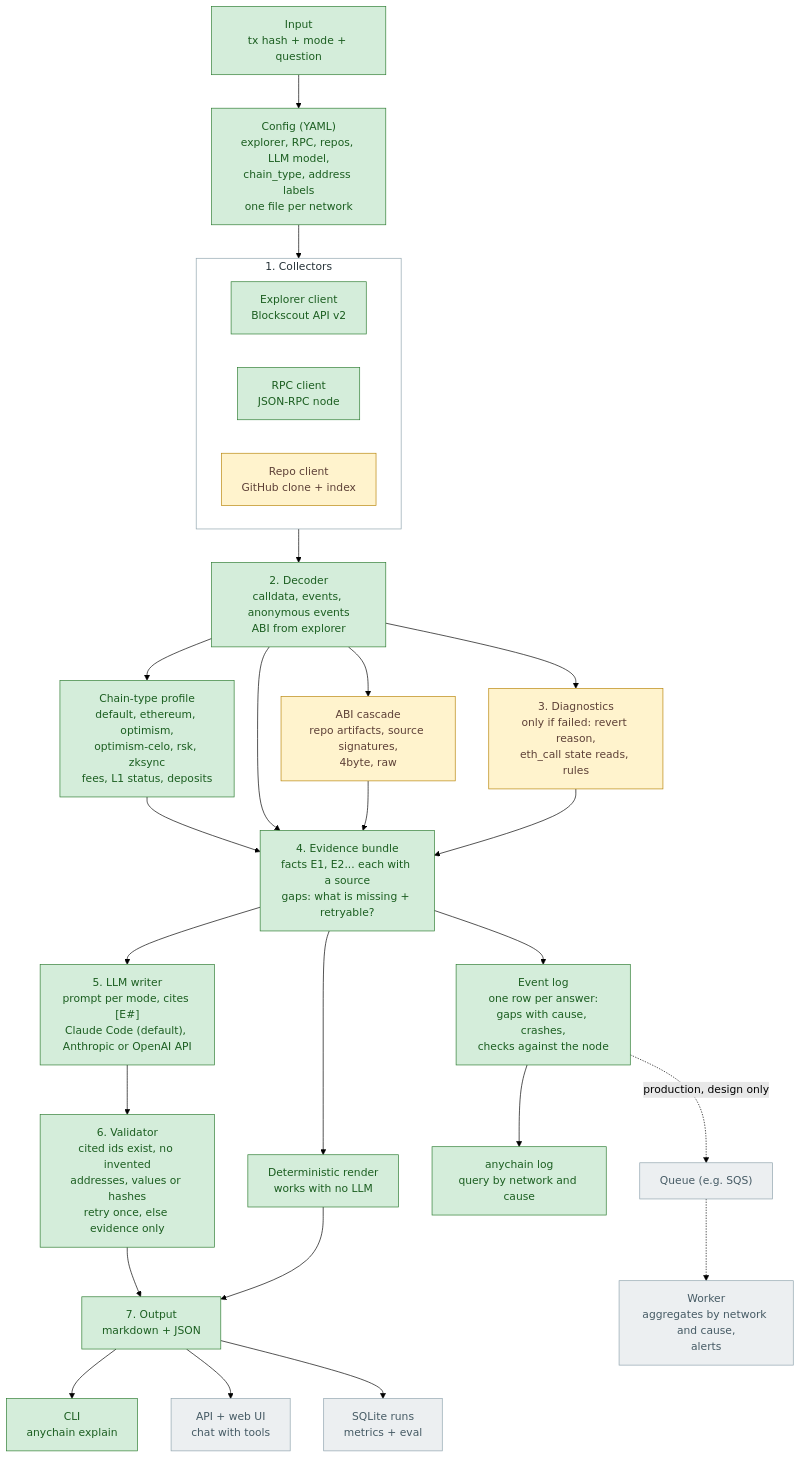
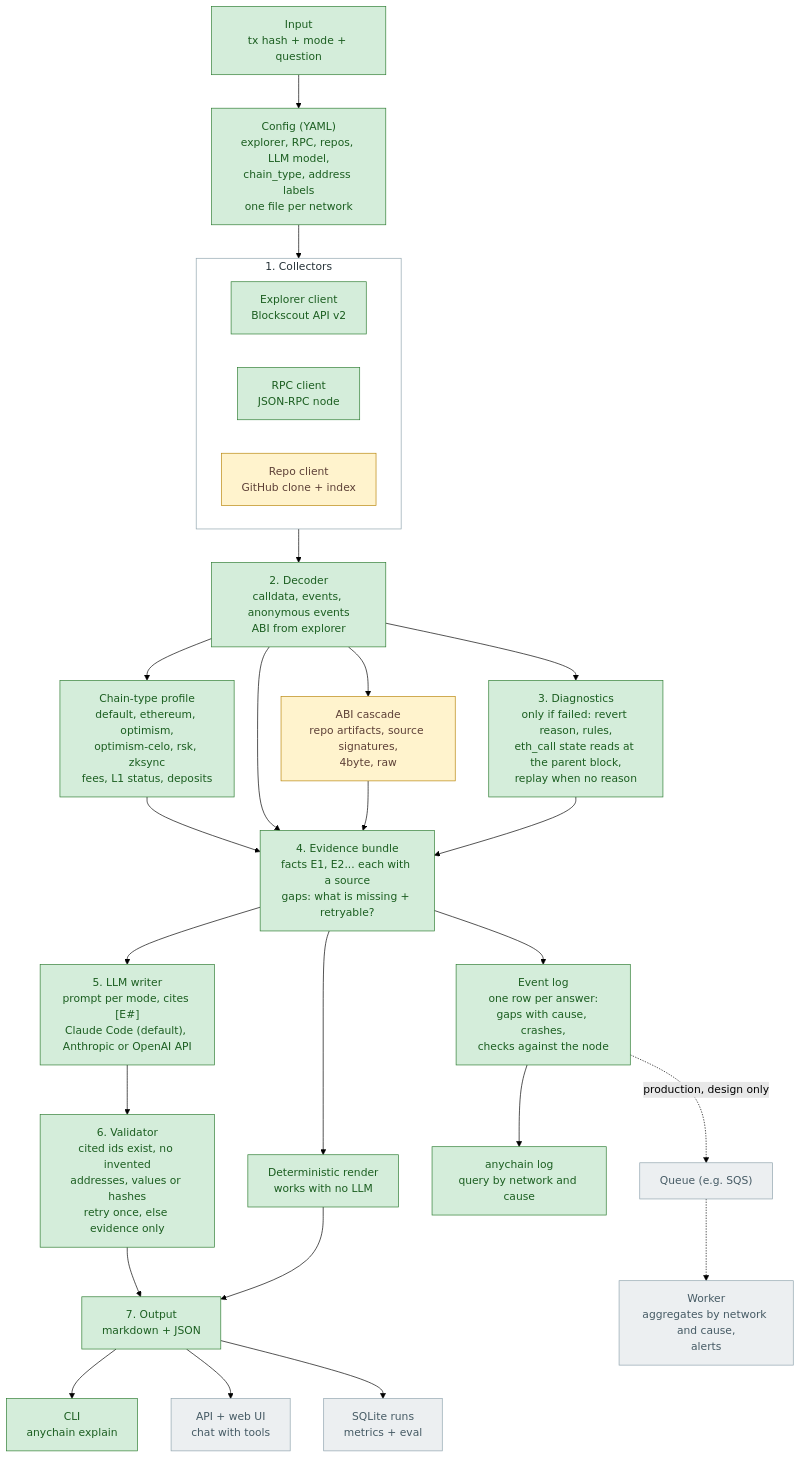
One commit to Ebaoj/anychain changed the first of 5 diagrams in docs/ARCHITECTURE.md. Above: the diagram before and after it, drawn with Mermaid (forest theme). The commit also changed other lines of this file and 19 other files, not shown here.

First line of the commit message:
PHASE2 T5: re-run the call when the explorer gives no reason; replay results stated as candidates (D32)

````diff
--- a/docs/ARCHITECTURE.md
+++ b/docs/ARCHITECTURE.md
@@ -20,46 +20,46 @@
 ```mermaid
 flowchart TD
     IN["Input<br/>tx hash + mode + question"] --> CFG
 
     CFG["Config (YAML)<br/>explorer, RPC, repos, LLM model,<br/>chain_type, address labels<br/>one file per network"]
 
     CFG --> COL
     subgraph COL["1. Collectors"]
         EXP["Explorer client<br/>Blockscout API v2"]
         RPC["RPC client<br/>JSON-RPC node"]
         REPO["Repo client<br/>GitHub clone + index"]
     end
 
     COL --> DEC["2. Decoder<br/>calldata, events, anonymous events<br/>ABI from explorer"]
     DEC --> PRO["Chain-type profile<br/>default, ethereum, optimism,<br/>optimism-celo, rsk, zksync<br/>fees, L1 status, deposits"]
     PRO --> BUN
     DEC --> CAS["ABI cascade<br/>repo artifacts, source signatures,<br/>4byte, raw"]
-    DEC --> DIAG["3. Diagnostics<br/>only if failed: revert reason,<br/>eth_call state reads, rules"]
+    DEC --> DIAG["3. Diagnostics<br/>only if failed: revert reason, rules,<br/>eth_call state reads at the parent block,<br/>replay when no reason"]
     DEC --> BUN
     CAS --> BUN
     DIAG --> BUN
 
     BUN["4. Evidence bundle<br/>facts E1, E2... each with a source<br/>gaps: what is missing + retryable?"]
     BUN --> WRI["5. LLM writer<br/>prompt per mode, cites [E#]<br/>Claude Code (default), Anthropic or OpenAI API"]
     BUN --> REN["Deterministic render<br/>works with no LLM"]
     WRI --> VAL["6. Validator<br/>cited ids exist, no invented<br/>addresses, values or hashes<br/>retry once, else evidence only"]
     VAL --> OUT
     REN --> OUT
 
     OUT["7. Output<br/>markdown + JSON"] --> CLI["CLI<br/>anychain explain"]
     OUT --> API["API + web UI<br/>chat with tools"]
     OUT --> DB["SQLite runs<br/>metrics + eval"]
     BUN --> LOG["Event log<br/>one row per answer:<br/>gaps with cause, crashes,<br/>checks against the node"]
     LOG --> QRY["anychain log<br/>query by network and cause"]
     LOG -.production, design only.-> FILA["Queue (e.g. SQS)"]
     FILA -.-> WRK["Worker<br/>aggregates by network and cause,<br/>alerts"]
 
     classDef done fill:#d4edda,stroke:#2e7d32,color:#1b5e20
     classDef next fill:#fff3cd,stroke:#b8860b,color:#5d4037
     classDef later fill:#eceff1,stroke:#90a4ae,color:#455a64
 
-    class IN,CFG,EXP,RPC,DEC,PRO,BUN,WRI,REN,OUT,CLI,LOG,QRY,VAL done
-    class REPO,CAS,DIAG next
+    class IN,CFG,EXP,RPC,DEC,PRO,BUN,WRI,REN,OUT,CLI,LOG,QRY,VAL,DIAG done
+    class REPO,CAS next
     class API,DB,FILA,WRK later
     style COL fill:#ffffff,stroke:#90a4ae,color:#263238
 ```
````
